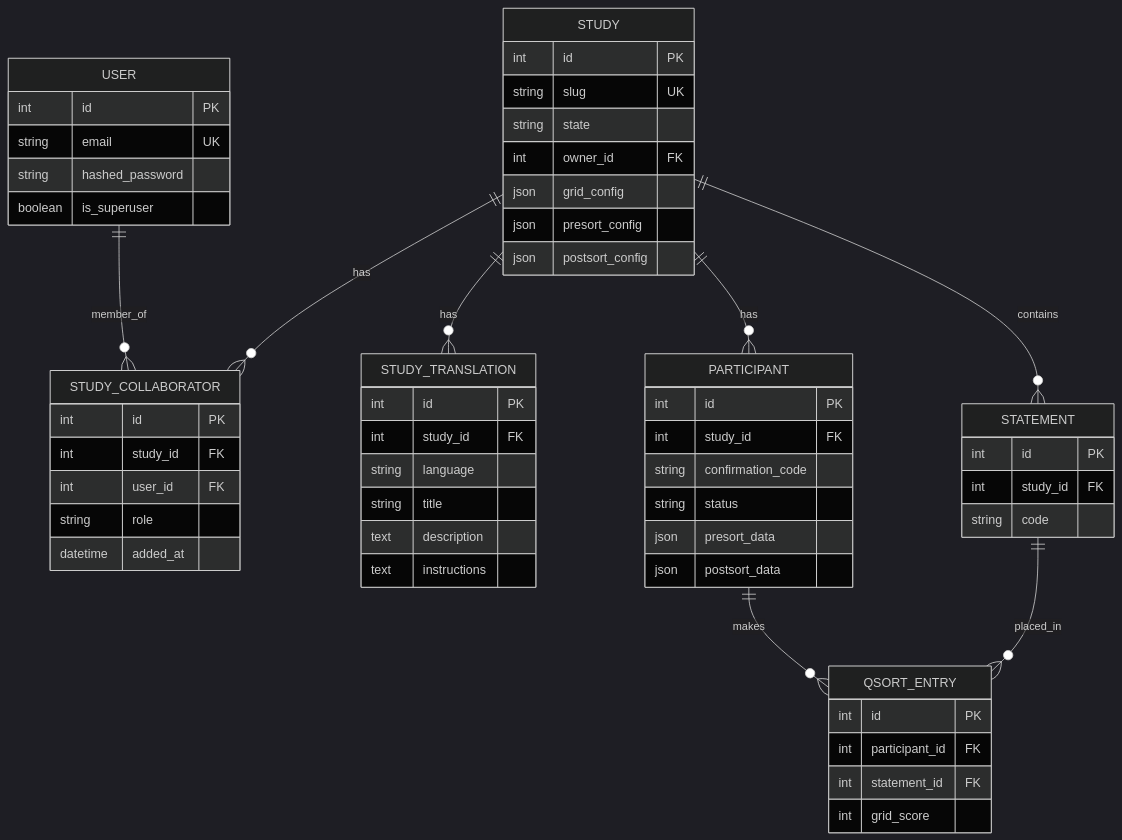
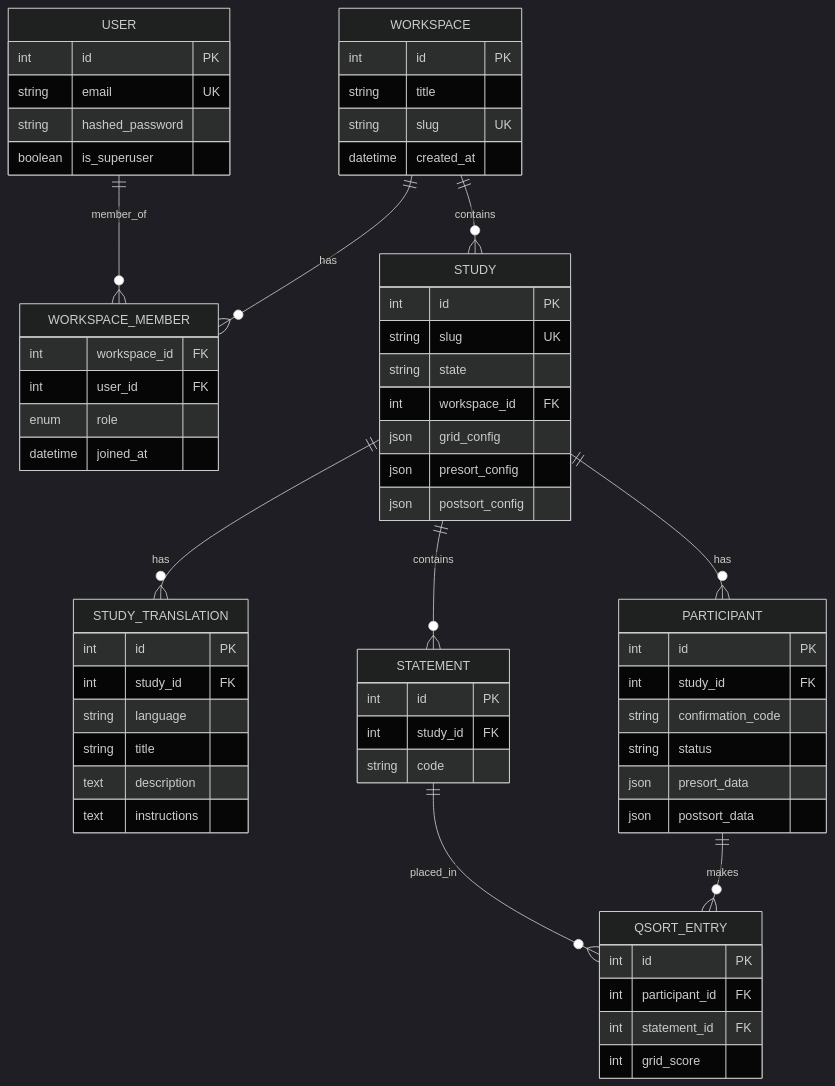
The third of 5 diagrams in docs/explanation/architecture.md (jvastenaekels/qualis), drawn with Mermaid (dark theme) before and after one commit. The commit also changed other lines of this file and 27 other files, not shown here.

````diff
--- a/docs/explanation/architecture.md
+++ b/docs/explanation/architecture.md
@@ -104,66 +113,73 @@
 ```mermaid
 erDiagram
-    USER ||--o{ STUDY_COLLABORATOR : member_of
-    STUDY ||--o{ STUDY_COLLABORATOR : has
+    WORKSPACE ||--o{ WORKSPACE_MEMBER : has
+    USER ||--o{ WORKSPACE_MEMBER : member_of
+    WORKSPACE ||--o{ STUDY : contains
     STUDY ||--o{ STUDY_TRANSLATION : has
     STUDY ||--o{ STATEMENT : contains
     STUDY ||--o{ PARTICIPANT : has
     PARTICIPANT ||--o{ QSORT_ENTRY : makes
     STATEMENT ||--o{ QSORT_ENTRY : placed_in
+
+    WORKSPACE {
+        int id PK
+        string title
+        string slug UK
+        datetime created_at
+    }
+
+    WORKSPACE_MEMBER {
+        int workspace_id FK
+        int user_id FK
+        enum role
+        datetime joined_at
+    }
 
     USER {
         int id PK
         string email UK
         string hashed_password
         boolean is_superuser
     }
 
     STUDY {
         int id PK
         string slug UK
         string state
-        int owner_id FK
+        int workspace_id FK
         json grid_config
         json presort_config
         json postsort_config
-    }
-
-    STUDY_COLLABORATOR {
-        int id PK
-        int study_id FK
-        int user_id FK
-        string role
-        datetime added_at
     }
 
     STUDY_TRANSLATION {
         int id PK
         int study_id FK
         string language
         string title
         text description
         text instructions
     }
 
     STATEMENT {
         int id PK
         int study_id FK
         string code
     }
 
     PARTICIPANT {
         int id PK
         int study_id FK
         string confirmation_code
         string status
         json presort_data
         json postsort_data
     }
 
     QSORT_ENTRY {
         int id PK
         int participant_id FK
         int statement_id FK
         int grid_score
     }
 ```
````
